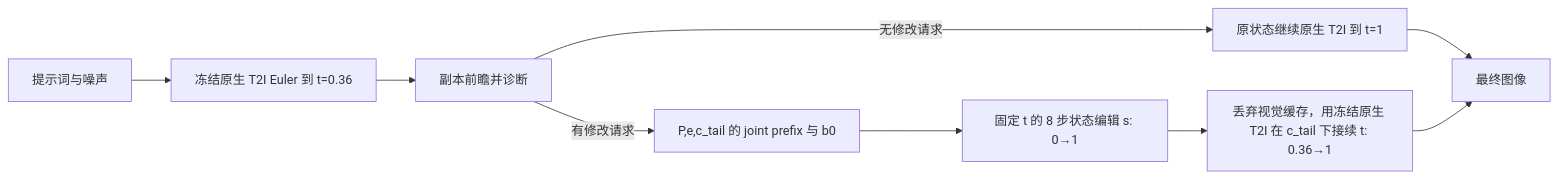
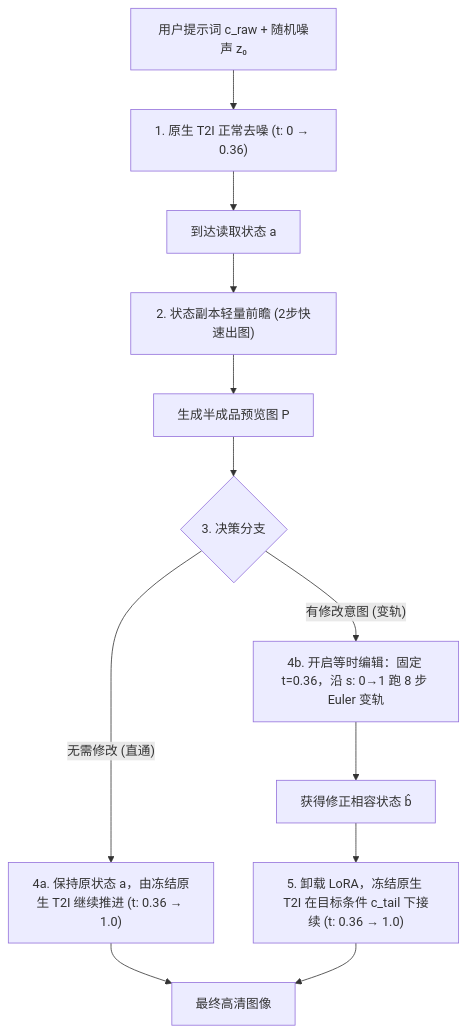
One commit to zyd-ustc/bagel-LatentCoT changed the diagram in docs/inference.md. Above: the diagram before and after it, drawn with Mermaid. The commit also changed other lines of this file and 24 other files, not shown here.

````diff
--- a/docs/inference.md
+++ b/docs/inference.md
@@ -5,11 +11,17 @@
 ```mermaid
-flowchart LR
-    A["提示词与噪声"] --> B["冻结原生 T2I Euler 到 t=0.36"]
-    B --> C["副本前瞻并诊断"]
-    C -->|无修改请求| D["原状态继续原生 T2I 到 t=1"]
-    C -->|有修改请求| E["P,e,c_tail 的 joint prefix 与 b0"]
-    E --> F["固定 t 的 8 步状态编辑 s: 0→1"]
-    F --> G["丢弃视觉缓存，用冻结原生 T2I 在 c_tail 下接续 t: 0.36→1"]
-    D --> H["最终图像"]
-    G --> H["最终图像"]
+flowchart TD
+    A["用户提示词 c_raw + 随机噪声 z₀"] --> B["1. 原生 T2I 正常去噪 (t: 0 → 0.36)"]
+    B --> C["到达读取状态 a"]
+    C --> D["2. 状态副本轻量前瞻 (2步快速出图)"]
+    D --> E["生成半成品预览图 P"]
+    
+    E --> F{"3. 决策分支"}
+    F -->|"无需修改 (直通)"| G["4a. 保持原状态 a，由冻结原生 T2I 继续推进 (t: 0.36 → 1.0)"]
+    F -->|"有修改意图 (变轨)"| H["4b. 开启等时编辑：固定 t=0.36，沿 s: 0→1 跑 8 步 Euler 变轨"]
+    
+    H --> I["获得修正相容状态 b̂"]
+    I --> J["5. 卸载 LoRA，冻结原生 T2I 在目标条件 c_tail 下接续 (t: 0.36 → 1.0)"]
+    
+    G --> K["最终高清图像"]
+    J --> K
 ```
````
